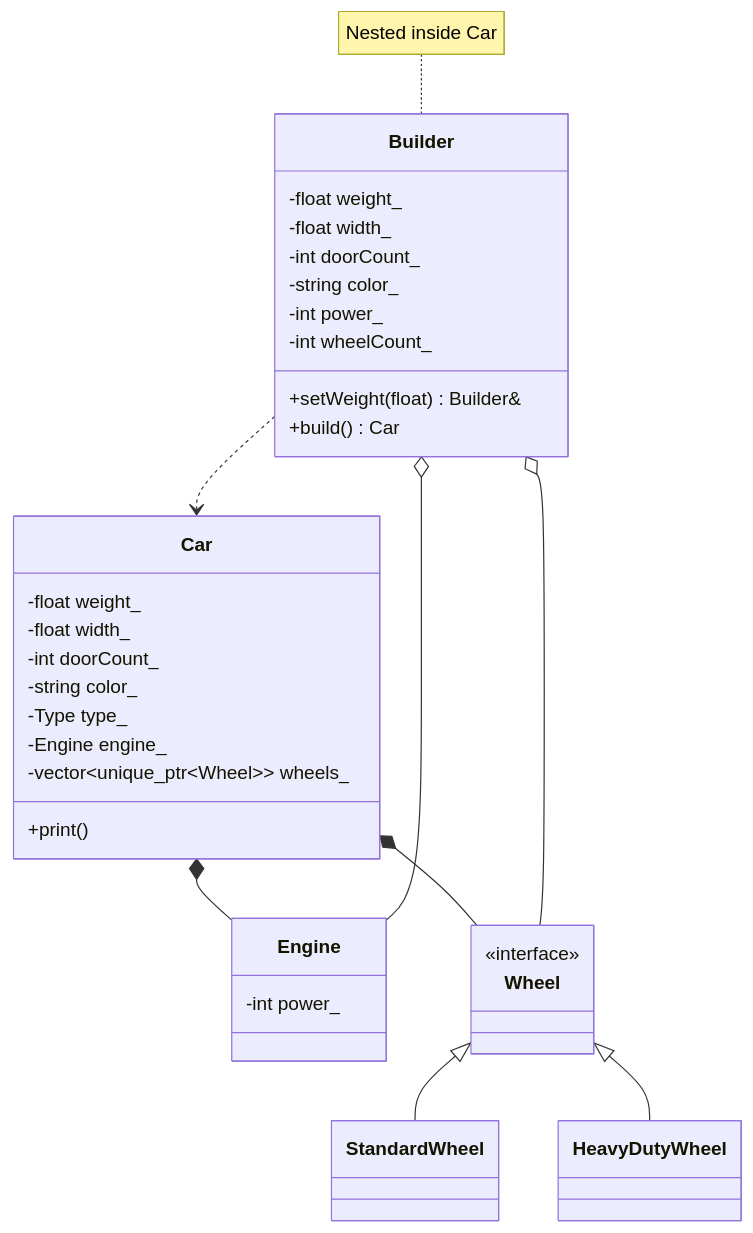
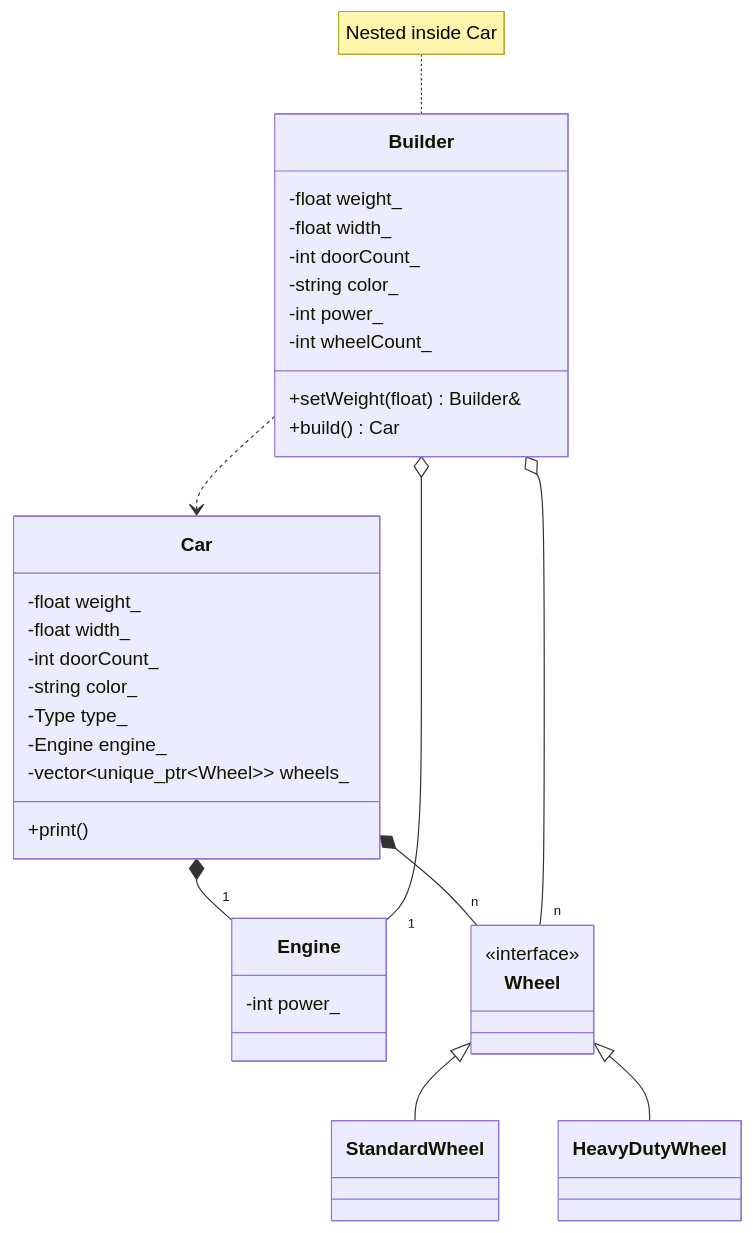
Before and after one commit to Cichlidfishexigency721/Modern-CPP-Design-Patterns: the first of 2 diagrams in 01_Builder/Static_example/diagram.md, drawn with Mermaid.

````diff
--- a/01_Builder/Static_example/diagram.md
+++ b/01_Builder/Static_example/diagram.md
@@ -3,38 +3,42 @@
 ```mermaid
 classDiagram
     class Engine { -int power_ }
     class Wheel { <<interface>> }
     class StandardWheel
     class HeavyDutyWheel
     
     class Car {
         -float weight_
         -float width_
         -int doorCount_
         -string color_
         -Type type_
         -Engine engine_
         -vector~unique_ptr~Wheel~~ wheels_
         +print()
     }
 
     class Builder {
         -float weight_
         -float width_
         -int doorCount_
         -string color_
         -int power_
         -int wheelCount_
         +setWeight(float) Builder&
         +build() Car
     }
 
     Wheel <|-- StandardWheel
     Wheel <|-- HeavyDutyWheel
-    Car *-- Engine
-    Car *-- Wheel
-    Builder o-- Engine
-    Builder o-- Wheel
+    
+    %% Relations with multiplicity only at the end
+    Car *-- "1" Engine
+    Car *-- "n" Wheel
+    
+    Builder o-- "1" Engine
+    Builder o-- "n" Wheel
+    
     Builder ..> Car
     note for Builder "Nested inside Car"
 ```
````
